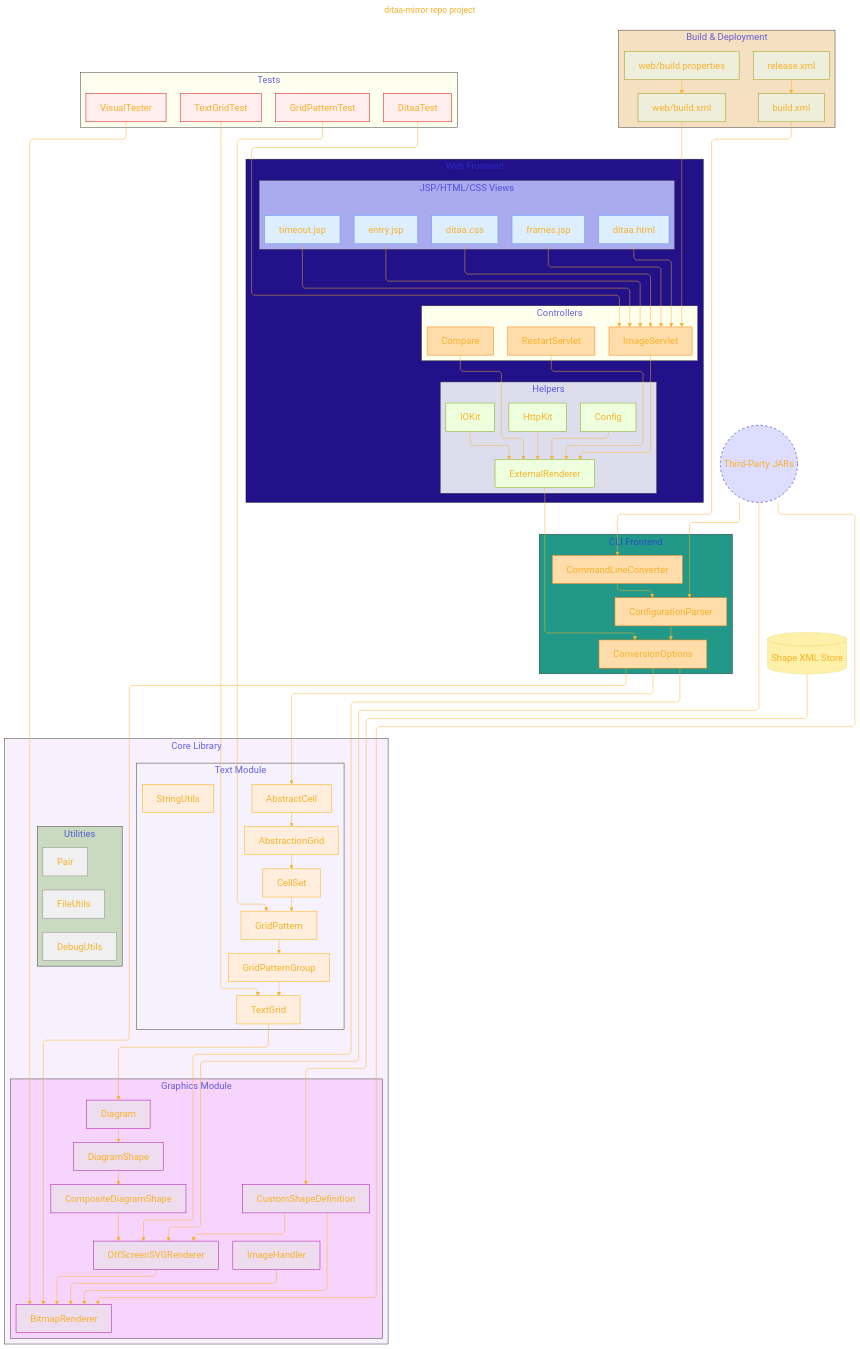
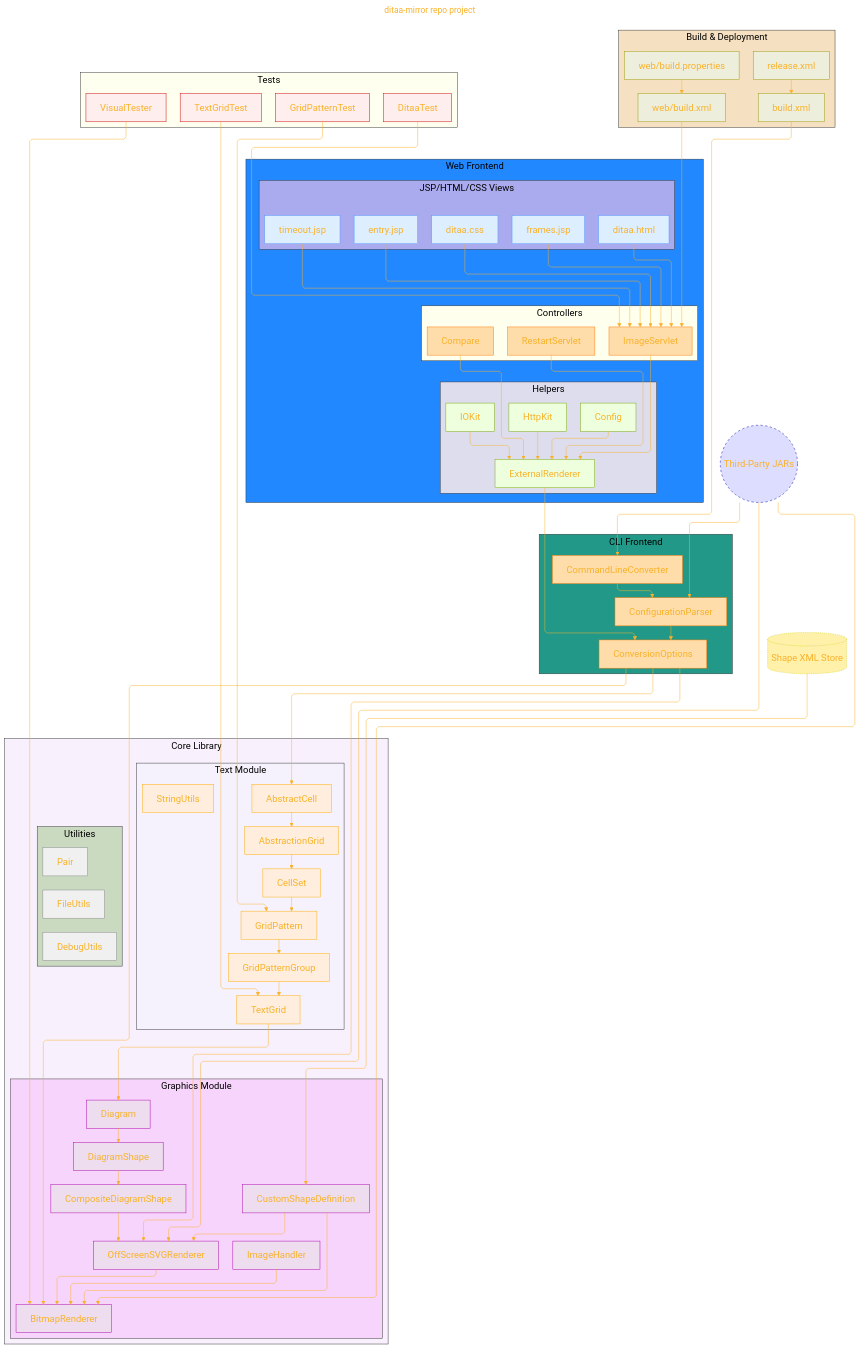
Before and after one commit to CongLeSolutionX/ditaa-mirror: the first of 2 diagrams in README.md, drawn with Mermaid.

Commit message:
update notes

```diff
--- a/README.md
+++ b/README.md
@@ -40,7 +40,7 @@
     'flowchart': { 'htmlLabels': true, 'curve': 'linear' },
     'fontFamily': 'Andale Mono, monospace',
     'themeVariables': {
-      'primaryColor': '#22BB',
+      'primaryColor': '#FFFF',
       'primaryTextColor': '#F8B229',
       'lineColor': '#F8B229',
       'primaryBorderColor': '#27AE60',
@@ -62,7 +62,7 @@
     end
 
     subgraph Web_Frontend["Web Frontend"]
-    style Web_Frontend fill:#218F,stroke:#333,stroke-width:1px
+    style Web_Frontend fill:#28F,stroke:#333,stroke-width:1px
     direction TB
         subgraph Controllers["Controllers"]
         style Controllers fill:#FFEF,stroke:#333,stroke-width:1px
```
